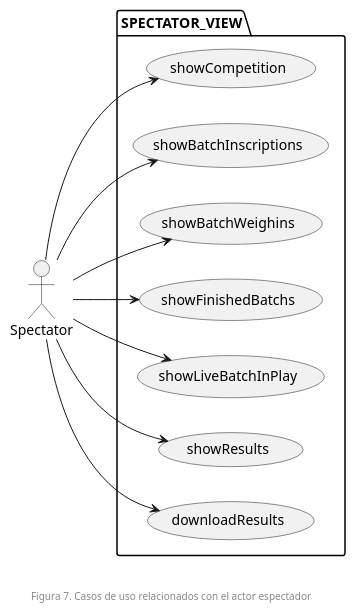
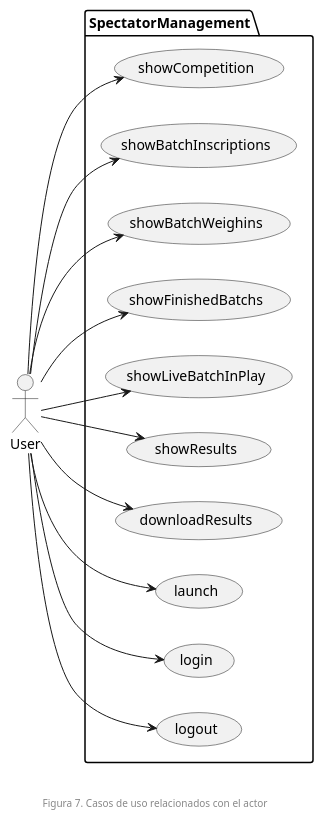
Before and after one commit to zuldare/mastercloud_pfm_halterocms: the diagram in documentation/diagrams/usecases/spectators.puml, drawn with PlantUML. The commit also changed 7 other files, not shown here.

```diff
--- a/documentation/diagrams/usecases/spectators.puml
+++ b/documentation/diagrams/usecases/spectators.puml
@@ -1,23 +1,29 @@
 @startuml
 left to right direction
 
-package SPECTATOR_VIEW {
+package SpectatorManagement {
   usecase showCompetition
   usecase showBatchInscriptions
   usecase showBatchWeighins
   usecase showFinishedBatchs
   usecase showLiveBatchInPlay
   usecase showResults
   usecase downloadResults
+  usecase launch
+  usecase login
+  usecase logout
 }
 
-Spectator --> showCompetition
-Spectator --> showBatchInscriptions
-Spectator --> showBatchWeighins
-Spectator --> showFinishedBatchs
-Spectator --> showLiveBatchInPlay
-Spectator --> showResults
-Spectator --> downloadResults
+User --> showCompetition
+User --> showBatchInscriptions
+User --> showBatchWeighins
+User --> showFinishedBatchs
+User --> showLiveBatchInPlay
+User --> showResults
+User --> downloadResults
+User --> launch
+User --> login
+User --> logout
 
-footer \n\nFigura 7. Casos de uso relacionados con el actor espectador
+footer \n\nFigura 7. Casos de uso relacionados con el actor
 @enduml
```
